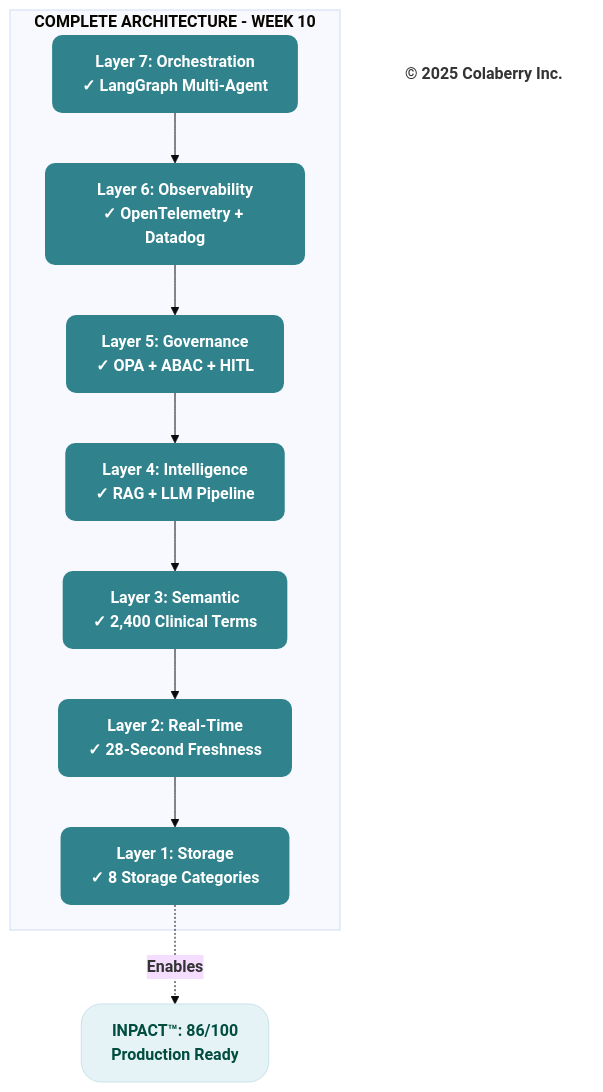
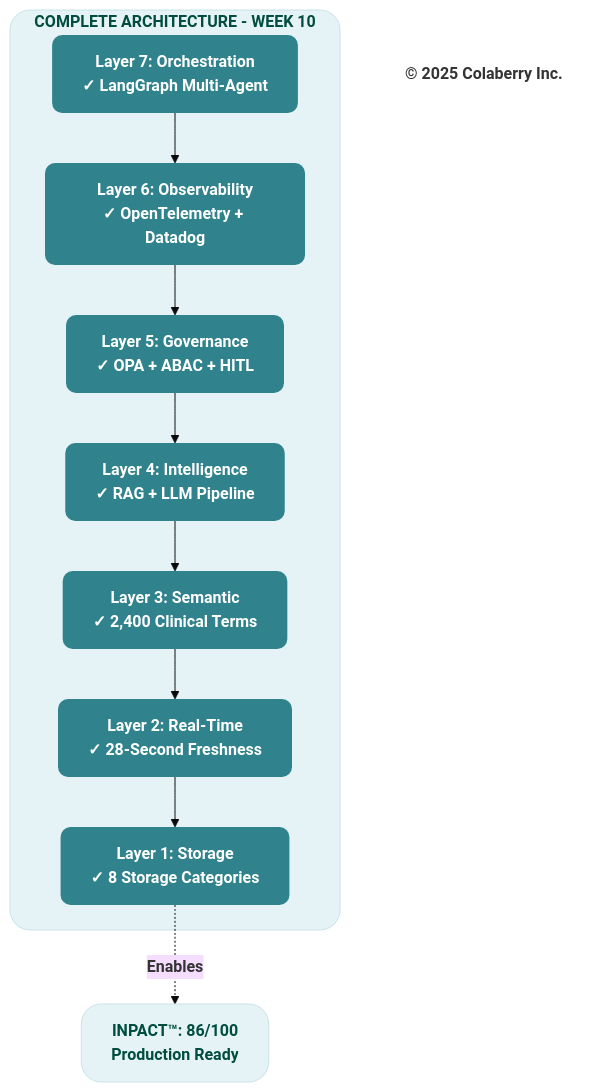
Before and after one commit to saitejesh-cyber/trust-before-intelligence-book: diagram 13 of 14 in manuscript/07_chapter_6_transparency_orchestration_layers.md, drawn with Mermaid (base theme). The commit also changed other lines of this file and 1 other file, not shown here.

Commit message:
fixes for few diagrams

````diff
--- a/manuscript/07_chapter_6_transparency_orchestration_layers.md
+++ b/manuscript/07_chapter_6_transparency_orchestration_layers.md
@@ -1221,29 +1228,30 @@
 ```mermaid
 graph TB
-    subgraph "<b>COMPLETE ARCHITECTURE - WEEK 10</b>"
+    subgraph COMPLETE_ARCH["<b>COMPLETE ARCHITECTURE - WEEK 10</b>"]
         L7["<b>Layer 7: Orchestration</b><br/><b>✓ LangGraph Multi-Agent</b>"]
         L6["<b>Layer 6: Observability</b><br/><b>✓ OpenTelemetry + Datadog</b>"]
         L5["<b>Layer 5: Governance</b><br/><b>✓ OPA + ABAC + HITL</b>"]
         L4["<b>Layer 4: Intelligence</b><br/><b>✓ RAG + LLM Pipeline</b>"]
         L3["<b>Layer 3: Semantic</b><br/><b>✓ 2,400 Clinical Terms</b>"]
         L2["<b>Layer 2: Real-Time</b><br/><b>✓ 28-Second Freshness</b>"]
         L1["<b>Layer 1: Storage</b><br/><b>✓ 8 Storage Categories</b>"]
     end
     
     INPACT["<b>INPACT™: 86/100</b><br/><b>Production Ready</b>"]
     
     Copyright["<b>© 2025 Colaberry Inc.</b>"]
     
     L7 --> L6 --> L5 --> L4 --> L3 --> L2 --> L1
     L1 -.->|<b>Enables</b>| INPACT
     
     style L7 fill:#30838C,stroke:none,color:#ffffff,rx:10,ry:10
     style L6 fill:#30838C,stroke:none,color:#ffffff,rx:10,ry:10
     style L5 fill:#30838C,stroke:none,color:#ffffff,rx:10,ry:10
     style L4 fill:#30838C,stroke:none,color:#ffffff,rx:10,ry:10
     style L3 fill:#30838C,stroke:none,color:#ffffff,rx:10,ry:10
     style L2 fill:#30838C,stroke:none,color:#ffffff,rx:10,ry:10
     style L1 fill:#30838C,stroke:none,color:#ffffff,rx:10,ry:10
     style INPACT fill:#e6f3f6,stroke:#c7e3ea,stroke-width:1px,color:#004d40,rx:20,ry:20
+    style COMPLETE_ARCH fill:#e6f3f6,stroke:#c7e3ea,stroke-width:1px,color:#004d40,rx:20,ry:20
     style Copyright fill:none,stroke:none,color:#333333
 ```
````
